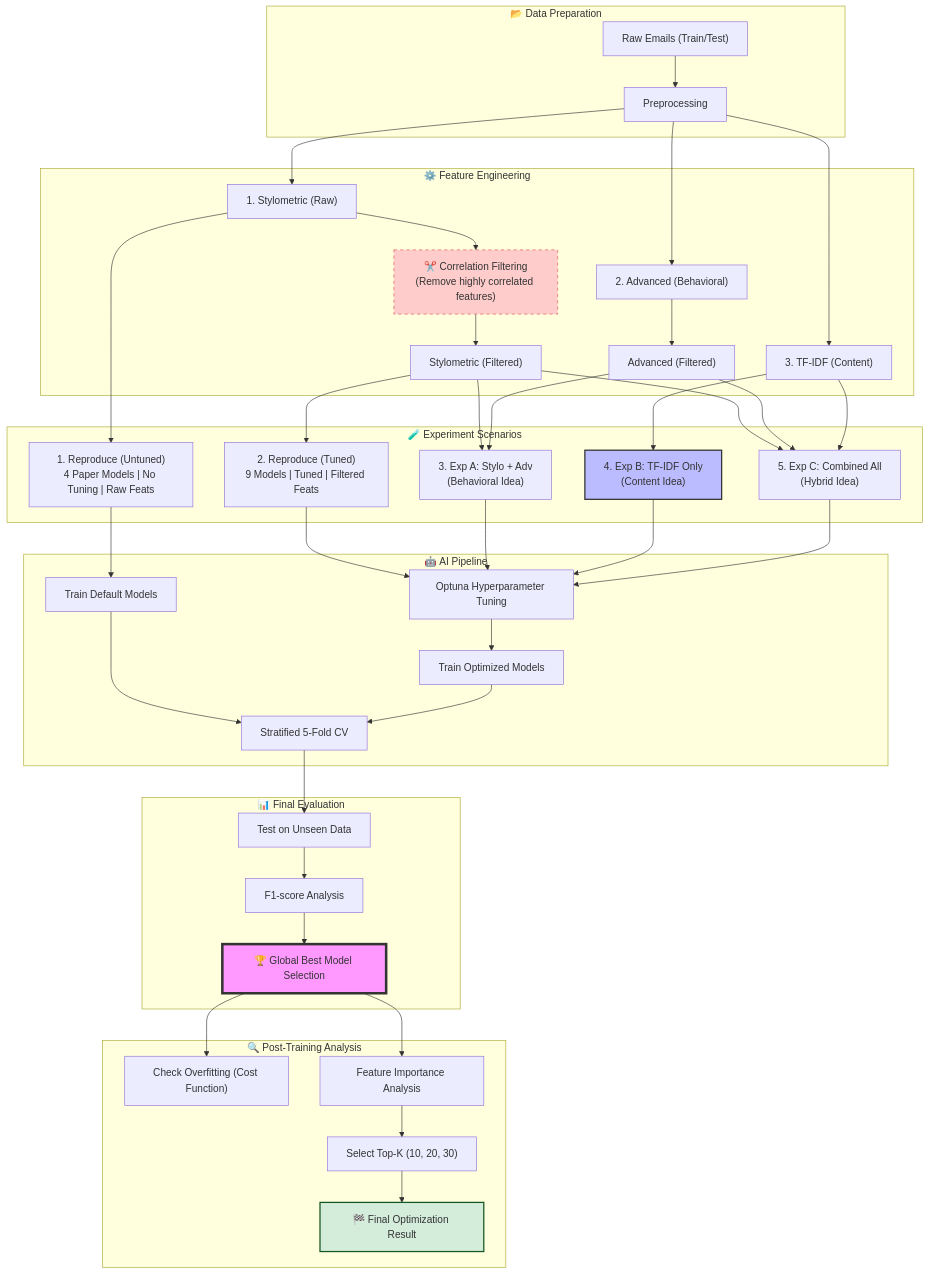
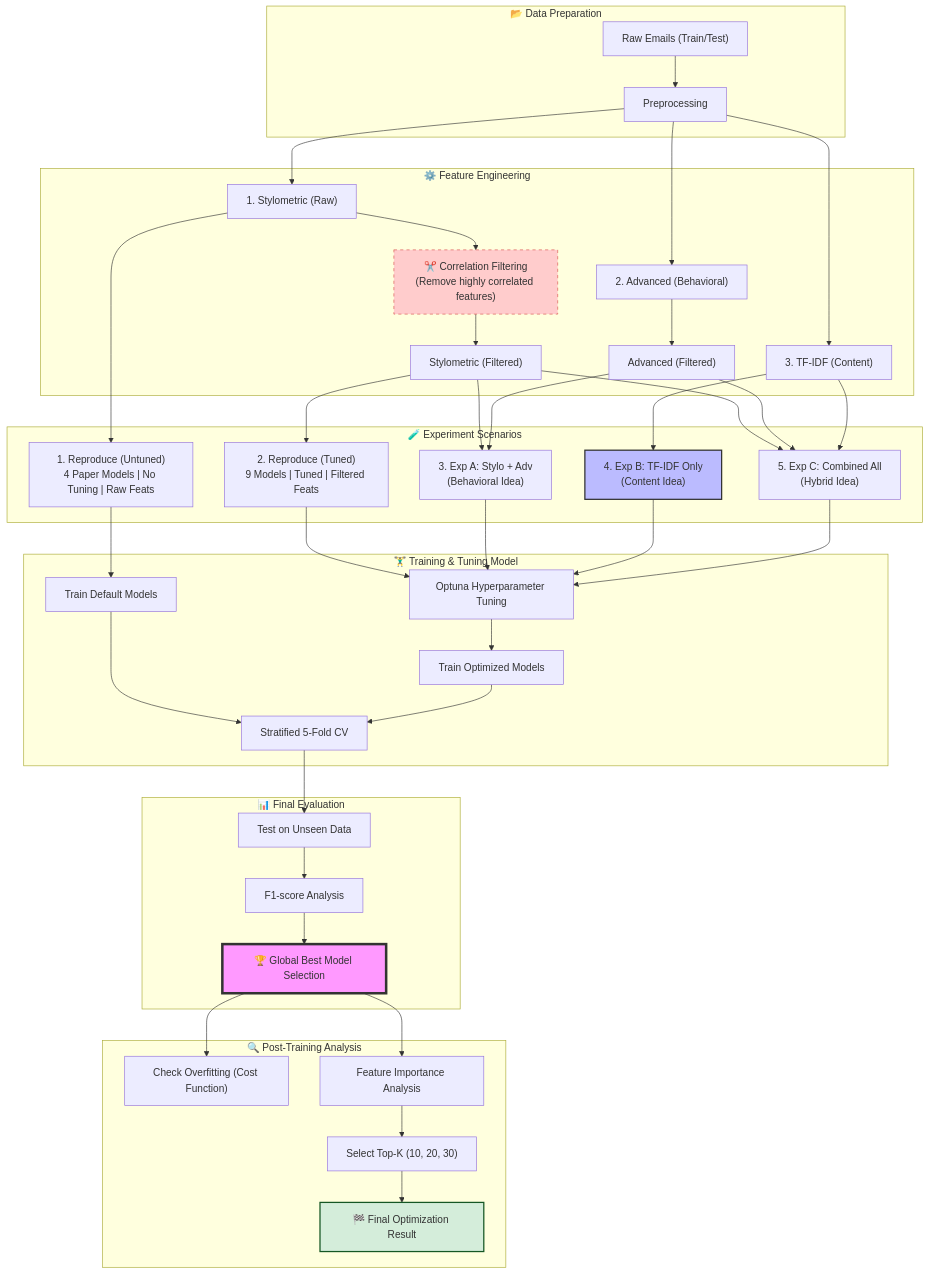
One commit to techasit239/Final-Project---DADS6003 changed the diagram in README.md. Above: the diagram before and after it, drawn with Mermaid.

````diff
--- a/README.md
+++ b/README.md
@@ -125,57 +125,57 @@
    ```mermaid
 flowchart TD
     subgraph Input ["📂 Data Preparation"]
         Raw["Raw Emails (Train/Test)"] --> Clean["Preprocessing"];
     end
 
     subgraph Features ["⚙️ Feature Engineering"]
         Clean --> FeatRaw["1. Stylometric (Raw)"];
         Clean --> FeatAdv["2. Advanced (Behavioral)"];
         Clean --> FeatTFIDF["3. TF-IDF (Content)"];
         
         FeatRaw --> SelectCorr["✂️ Correlation Filtering<br/>(Remove highly correlated features)"];
         SelectCorr --> FeatStyloFiltered["Stylometric (Filtered)"];
         FeatAdv --> FeatAdvFiltered["Advanced (Filtered)"];
     end
 
     subgraph Experiments ["🧪 Experiment Scenarios"]
         %% Reproduce (Untuned)
         FeatRaw --> ExpR_Untuned["1. Reproduce (Untuned)<br/>4 Paper Models | No Tuning | Raw Feats"];
         
         %% New Ideas (Tuned)
         FeatStyloFiltered --> ExpR_Tuned["2. Reproduce (Tuned)<br/>9 Models | Tuned | Filtered Feats"];
         
         FeatStyloFiltered & FeatAdvFiltered --> ExpA["3. Exp A: Stylo + Adv<br/>(Behavioral Idea)"];
         
         FeatTFIDF --> ExpB["4. Exp B: TF-IDF Only<br/>(Content Idea)"];
         
         FeatStyloFiltered & FeatAdvFiltered & FeatTFIDF --> ExpC["5. Exp C: Combined All<br/>(Hybrid Idea)"];
     end
 
-    subgraph Modeling ["🤖 AI Pipeline"]
+    subgraph Modeling ["🏋️‍♂️ Training & Tuning Model"]
         ExpR_Untuned --> TrainDefault["Train Default Models"];
         
         ExpR_Tuned & ExpA & ExpB & ExpC --> Tuning["Optuna Hyperparameter Tuning"];
         Tuning --> TrainTuned["Train Optimized Models"];
         
         TrainDefault & TrainTuned --> Valid["Stratified 5-Fold CV"];
     end
 
     subgraph Result ["📊 Final Evaluation"]
         Valid --> Test["Test on Unseen Data"];
         Test --> Metrics["F1-score Analysis"];
         Metrics --> Winner["🏆 Global Best Model Selection"];
     end
 
     subgraph Optimization ["🔍 Post-Training Analysis"]
         Winner --> Overfit["Check Overfitting (Cost Function)"];
         Winner --> Importance["Feature Importance Analysis"];
         Importance --> TopK["Select Top-K (10, 20, 30)"];
         TopK --> Final["🏁 Final Optimization Result"];
     end
 
     style Winner fill:#f9f,stroke:#333,stroke-width:4px
     style ExpB fill:#bbf,stroke:#333,stroke-width:2px
     style SelectCorr fill:#ffcccc,stroke:#d9534f,stroke-width:1px,stroke-dasharray: 5 5
     style Final fill:#d4edda,stroke:#155724,stroke-width:2px
    ```
````
